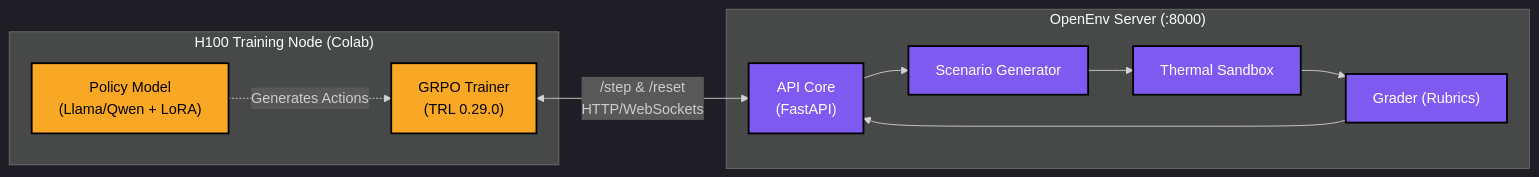
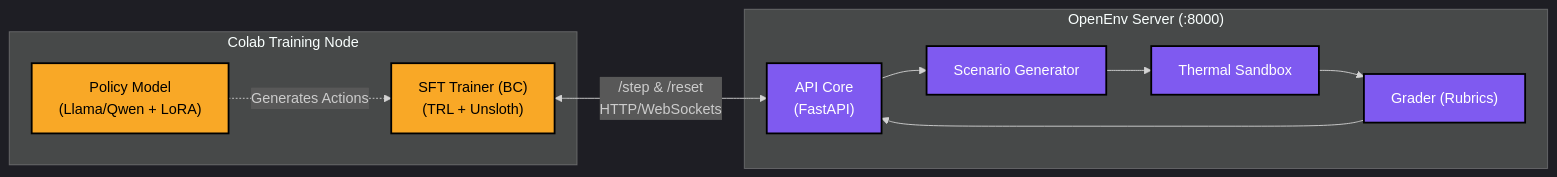
Before and after one commit to Sushmit-Biswas/thermal-gpu-balancer: the second of 2 diagrams in README.md, drawn with Mermaid. The commit also changed other lines of this file and 6 other files, not shown here.

````diff
--- a/README.md
+++ b/README.md
@@ -127,30 +141,30 @@
 ```mermaid
 %%{init: {'theme':'dark'}}%%
 graph LR
     classDef compute fill:#f9a826,stroke:#000000,stroke-width:2px,color:#000000;
     classDef data fill:#ef4565,stroke:#000000,stroke-width:2px,color:#fffffe;
     classDef logic fill:#7f5af0,stroke:#000000,stroke-width:2px,color:#fffffe;
     classDef infra fill:#16161a,stroke:#72757e,stroke-width:2px,color:#94a1b2,stroke-dasharray: 5 5;
 
-    subgraph "H100 Training Node (Colab)"
-        A["GRPO Trainer\n(TRL 0.29.0)"]:::compute
+    subgraph "Colab Training Node"
+        A["SFT Trainer (BC)\n(TRL + Unsloth)"]:::compute
         B["Policy Model\n(Llama/Qwen + LoRA)"]:::compute
     end
 
     subgraph "OpenEnv Server (:8000)"
         C["API Core\n(FastAPI)"]:::logic
         D["Scenario Generator"]:::data
         E["Thermal Sandbox"]:::data
         F["Grader (Rubrics)"]:::logic
     end
 
     A <-->|"/step & /reset\nHTTP/WebSockets"| C
     B -.->|Generates Actions| A
     C --> D
     D --> E
     E --> F
     F --> C
     
     class A,B compute;
     class C,D,E,F logic;
 ```
````
